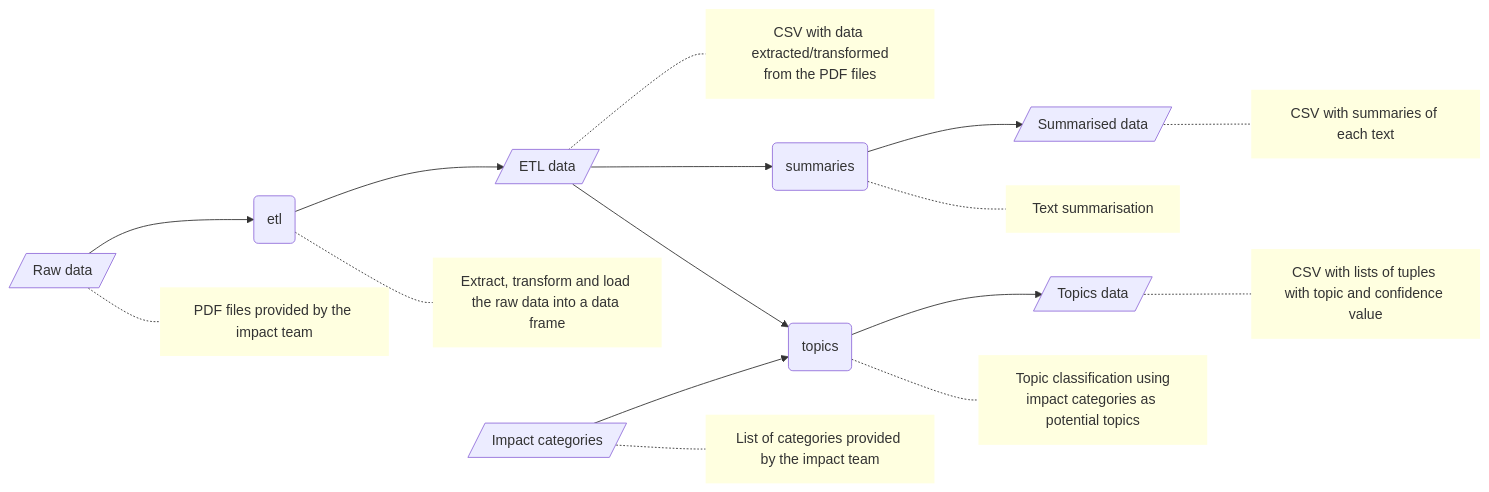
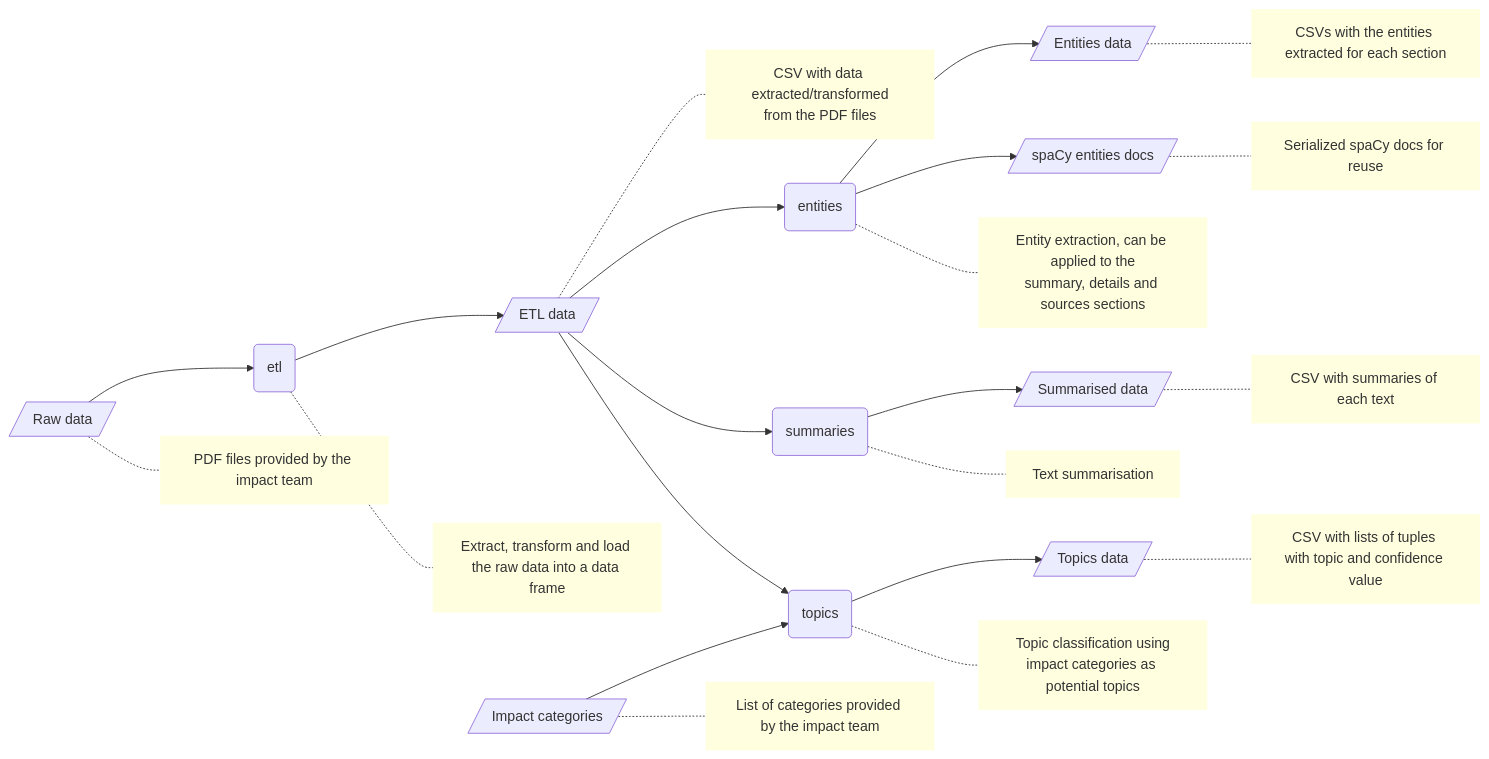
One commit to kingsdigitallab/refida changed the diagram in README.md. Above: the diagram before and after it, drawn with Mermaid.

Commit message:
📖 Doc: Update the workflow.

````diff
--- a/README.md
+++ b/README.md
@@ -9,35 +9,47 @@
 ```mermaid
 flowchart LR
     data_raw[/Raw data/] --> etl(etl)
     data_raw -.- comment_data_raw[PDF files provided by the impact team]
     class comment_data_raw comment
 
     etl --> data_etl[/ETL data/]
     etl -.- comment_etl[Extract, transform and load the raw data into a data frame]
     class comment_etl comment
 
     data_etl -.- comment_data_etl[CSV with data extracted/transformed\nfrom the PDF files]
+    data_etl --> entities(entities)
     data_etl --> summaries(summaries)
     data_etl --> topics(topics)
     class comment_data_etl comment
+
+    entities --> data_entities[/Entities data/]
+    entities --> data_doc_entities[/spaCy entities docs/]
+    entities -.- comment_entities[Entity extraction, can be applied to the\nsummary, details and sources sections]
+    class comment_entities comment
+
+    data_entities -.- comment_data_entities[CSVs with the entities extracted for each section]
+    class comment_data_entities comment
+
+    data_doc_entities -.- comment_data_doc_entities[Serialized spaCy docs for reuse]
+    class comment_data_doc_entities comment
+
+    summaries --> data_summaries[/Summarised data/]
+    summaries -.- comment_summaries[Text summarisation]
+    class comment_summaries comment
+
+    data_summaries -.- comment_data_summaries[CSV with summaries of each text]
+    class comment_data_summaries comment
 
     data_impact_categories[/Impact categories/] --> topics(topics)
     data_impact_categories -.- comment_data_impact_categories[List of categories provided by the impact team]
     class comment_data_impact_categories comment
 
     topics --> data_topics[/Topics data/]
     topics -.- comment_topics[Topic classification using\nimpact categories as potential topics]
     class comment_topics comment
 
     data_topics -.- comment_data_topics[CSV with lists of tuples with topic and confidence value]
     class comment_data_topics comment
 
-    summaries --> data_summaries[/Summarised data/]
-    summaries -.- comment_summaries[Text summarisation]
-    class comment_summaries comment
-
-    data_summaries -.- comment_data_summaries[CSV with summaries of each text]
-    class comment_data_summaries comment
-
     classDef comment fill:lightyellow,stroke-width:0px;
 ```
````
